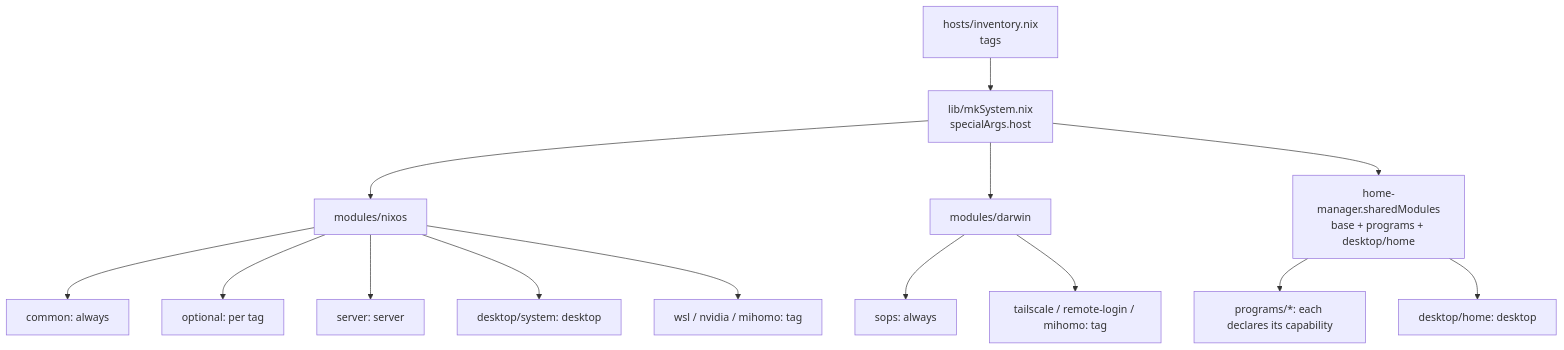
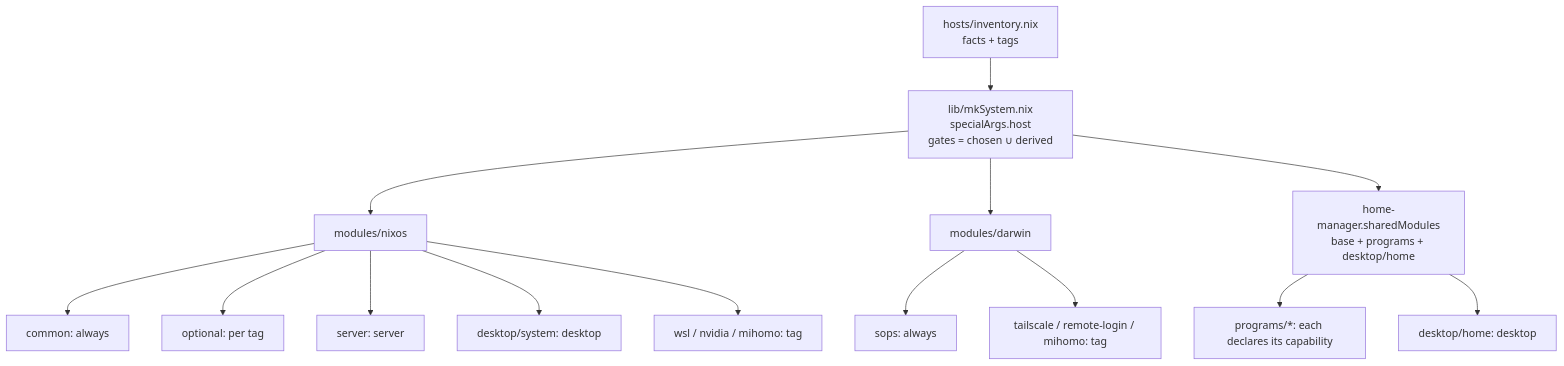
One commit to zineyu/nixos-config changed the diagram in CONTEXT.md. Above: the diagram before and after it, drawn with Mermaid. The commit also changed other lines of this file and 4 other files, not shown here.

````diff
--- a/CONTEXT.md
+++ b/CONTEXT.md
@@ -58,16 +71,16 @@
 ```mermaid
 graph TD
-    Inv["hosts/inventory.nix<br/>tags"] --> Mk["lib/mkSystem.nix<br/>specialArgs.host"]
+    Inv["hosts/inventory.nix<br/>facts + tags"] --> Mk["lib/mkSystem.nix<br/>specialArgs.host<br/>gates = chosen ∪ derived"]
     Mk --> Nix["modules/nixos"]
     Mk --> Dar["modules/darwin"]
     Mk --> HM["home-manager.sharedModules<br/>base + programs + desktop/home"]
     Nix --> G1["common: always"]
     Nix --> G2["optional: per tag"]
     Nix --> G3["server: server"]
     Nix --> G4["desktop/system: desktop"]
     Nix --> G5["wsl / nvidia / mihomo: tag"]
     Dar --> G6["sops: always"]
     Dar --> G7["tailscale / remote-login / mihomo: tag"]
     HM --> G8["programs/*: each declares its capability"]
     HM --> G9["desktop/home: desktop"]
 ```
````
